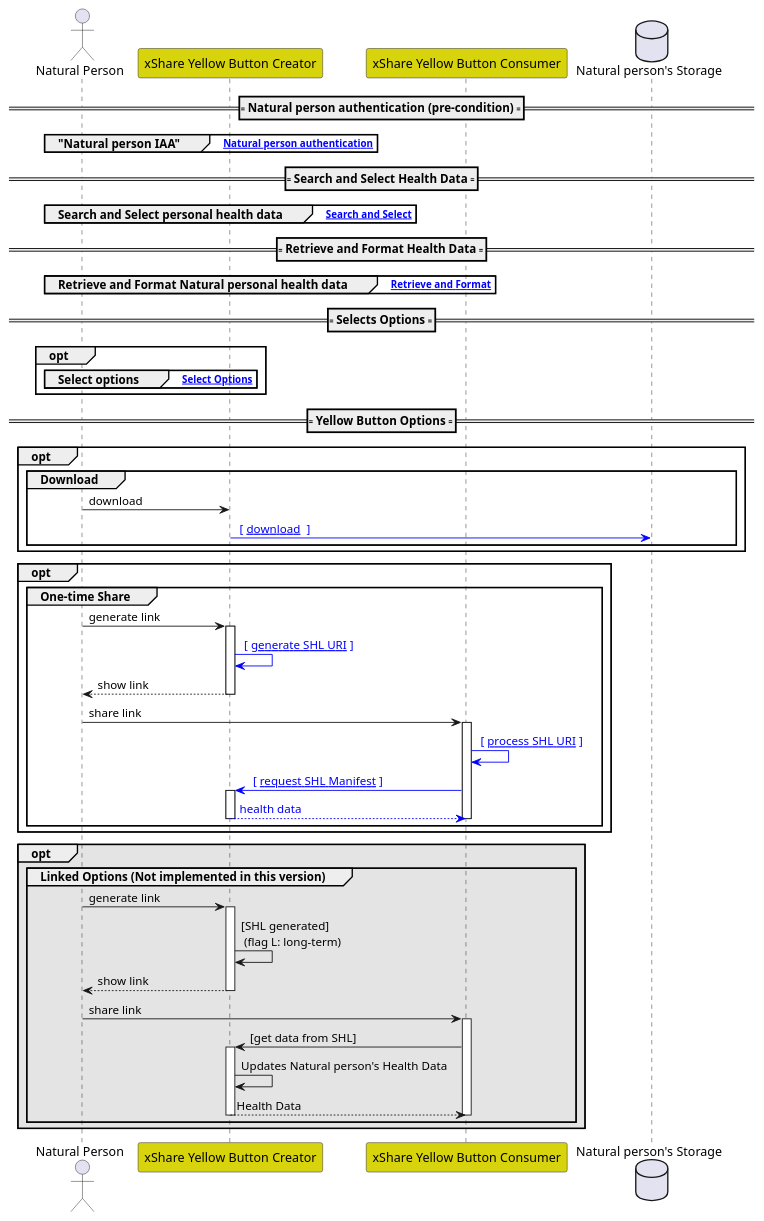
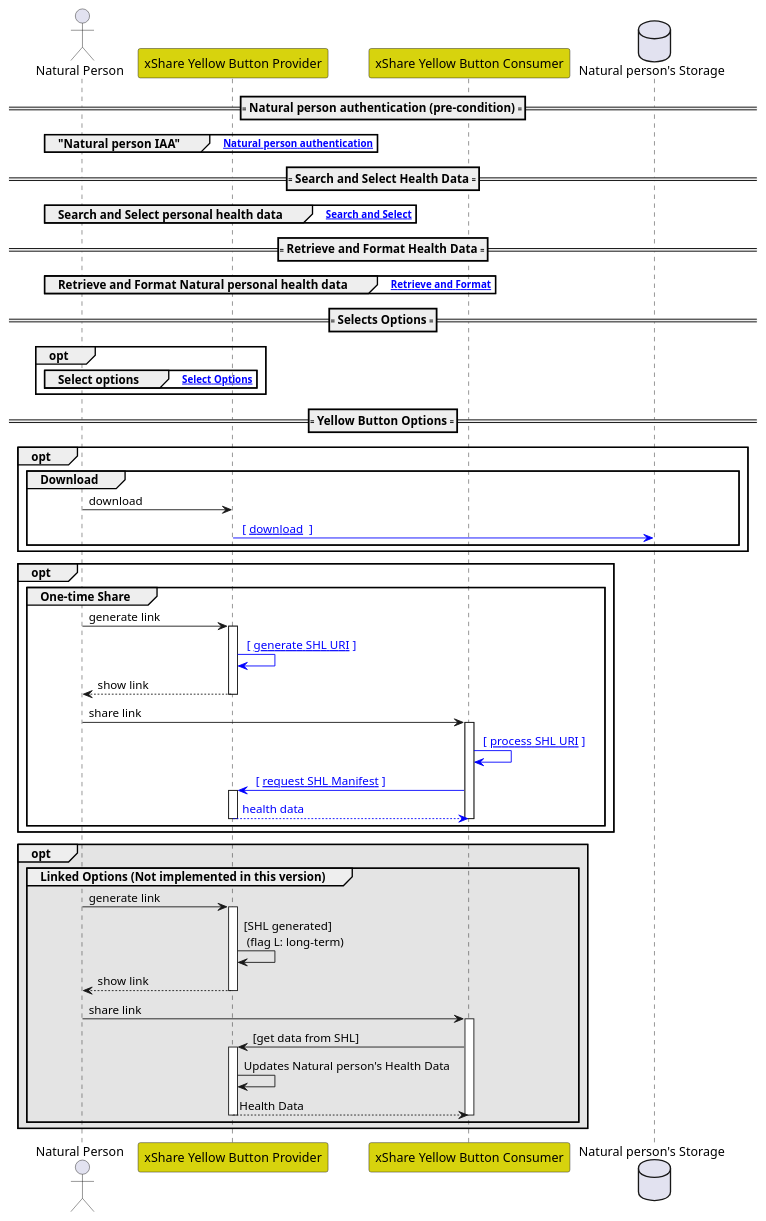
One commit to hl7-eu/xShare changed the diagram in input/images-source/seq-technical.plantuml. Above: the diagram before and after it, drawn with PlantUML. The commit also changed 17 other files, not shown here.

```diff
--- a/input/images-source/seq-technical.plantuml
+++ b/input/images-source/seq-technical.plantuml
@@ -1,68 +1,68 @@
 @startuml
 
 actor "Natural Person" as person
-participant  "xShare Yellow Button Creator"  as xShare #d7d30d
+participant  "xShare Yellow Button Provider"  as xShare #d7d30d
 participant "xShare Yellow Button Consumer" as Recipient  #d7d30d
 database "Natural person's Storage" as Storage
 
 ==== Natural person authentication (pre-condition) ====
 group "Natural person IAA" [[#natural-person-authentication Natural person authentication]]
 end group
 
 ==== Search and Select Health Data ====
 group Search and Select personal health data [[#search-and-select Search and Select]]
 end group
 
 ==== Retrieve and Format Health Data ====
 group Retrieve and Format Natural personal health data [[#retrieve-and-format Retrieve and Format]]
 end group
 
 ==== Selects Options ====
 opt 
 group Select options [[#select-options Select Options]]
 end group
 end opt
 
 ==== Yellow Button Options ====
 
 opt 
 group Download
 person -> xShare: download
 xShare -[#blue]> Storage: <color:blue> [ [[ #download download ]] ]
 deactivate xShare
 end group
 end opt
 
 opt 
 group One-time Share
 person -> xShare: generate link
 activate xShare
 xShare -[#blue]> xShare: <color:blue> [ [[ #generate-shl-uri generate SHL URI]] ]
 return show link
 person -> Recipient: share link
 activate Recipient
 Recipient -[#blue]> Recipient:  <color:blue> [ [[ #process-shl-uri process SHL URI]] ]
 Recipient -[#blue]> xShare:  <color:blue> [ [[#request-shl-manifest request SHL Manifest]] ]
 activate xShare
 return <color:blue> health data
 deactivate Recipient
 end group
 end opt
 
 opt #e4e4e4
 group Linked Options (Not implemented in this version)
 person -> xShare: generate link
 activate xShare
 xShare -> xShare: [SHL generated]\n (flag L: long-term)
 return show link
 person -> Recipient: share link
 activate Recipient
 Recipient-> xShare: [get data from SHL]
 activate xShare
 xShare -> xShare: Updates Natural person's Health Data
 return Health Data
 deactivate Recipient
 end group
 end opt
 
 @enduml
```
